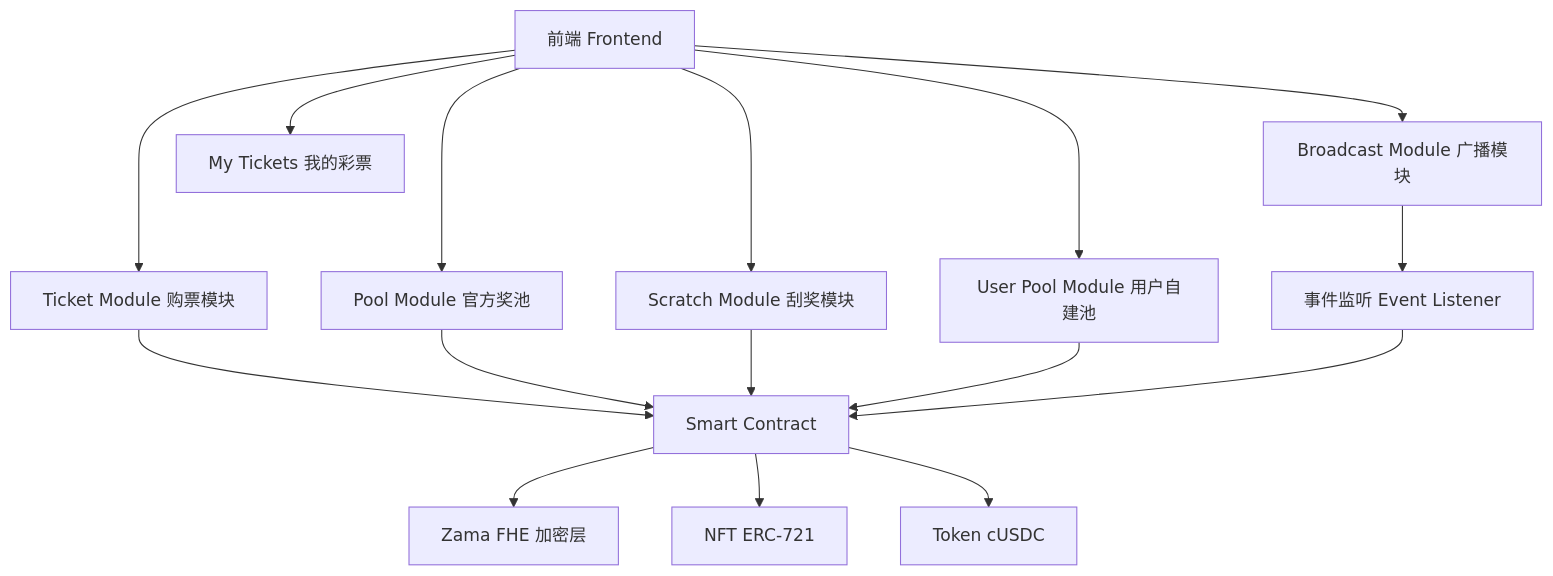
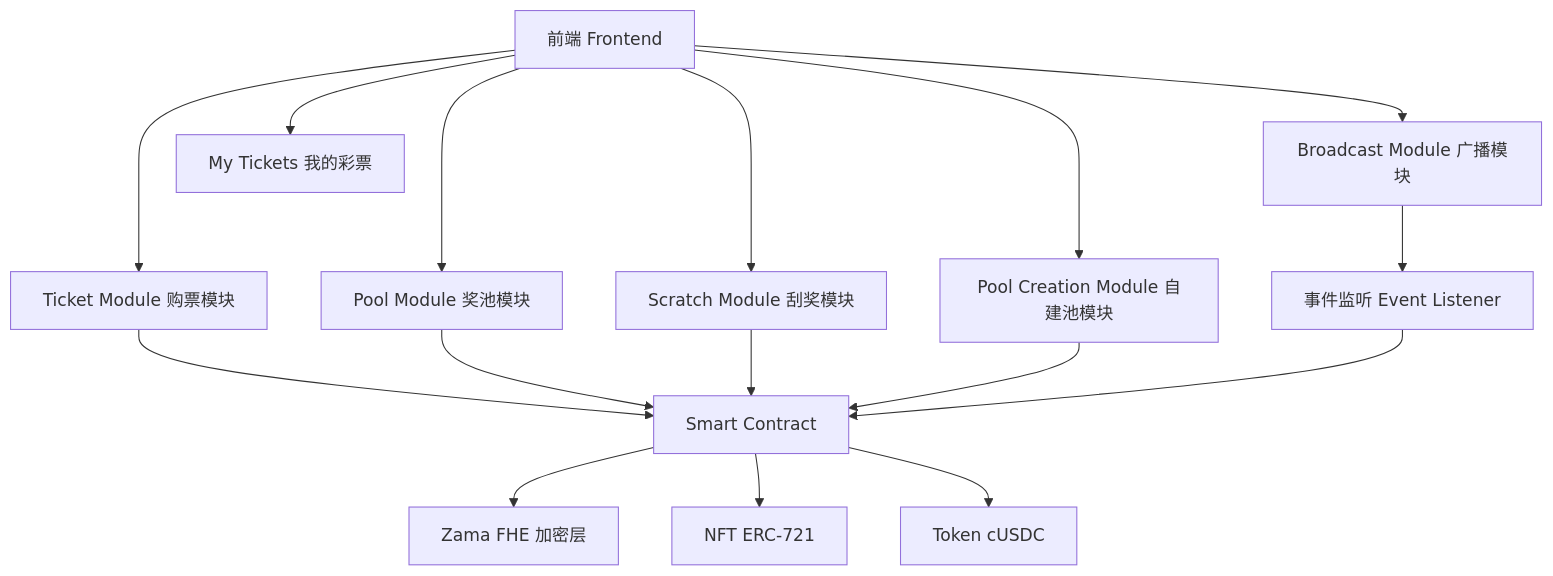
The first of 7 diagrams in doc/detailed-design.md (BreakOrbit/LuckyScratch), drawn with Mermaid before and after one commit. The commit also changed other lines of this file and 1 other file, not shown here.

````diff
--- a/doc/detailed-design.md
+++ b/doc/detailed-design.md
@@ -122,21 +122,21 @@
 ```mermaid
 graph TD
     A[前端 Frontend] --> B[Ticket Module 购票模块]
-    A --> C[Pool Module 官方奖池]
+    A --> C[Pool Module 奖池模块]
     A --> D[Scratch Module 刮奖模块]
-    A --> E[User Pool Module 用户自建池]
+    A --> E[Pool Creation Module 自建池模块]
     A --> F[Broadcast Module 广播模块]
     A --> G[My Tickets 我的彩票]
     
     B --> H[Smart Contract]
     C --> H
     D --> H
     E --> H
     
     H --> I[Zama FHE 加密层]
     H --> J[NFT ERC-721]
     H --> K[Token cUSDC]
     
     F --> L[事件监听 Event Listener]
     L --> H
 ```
````
